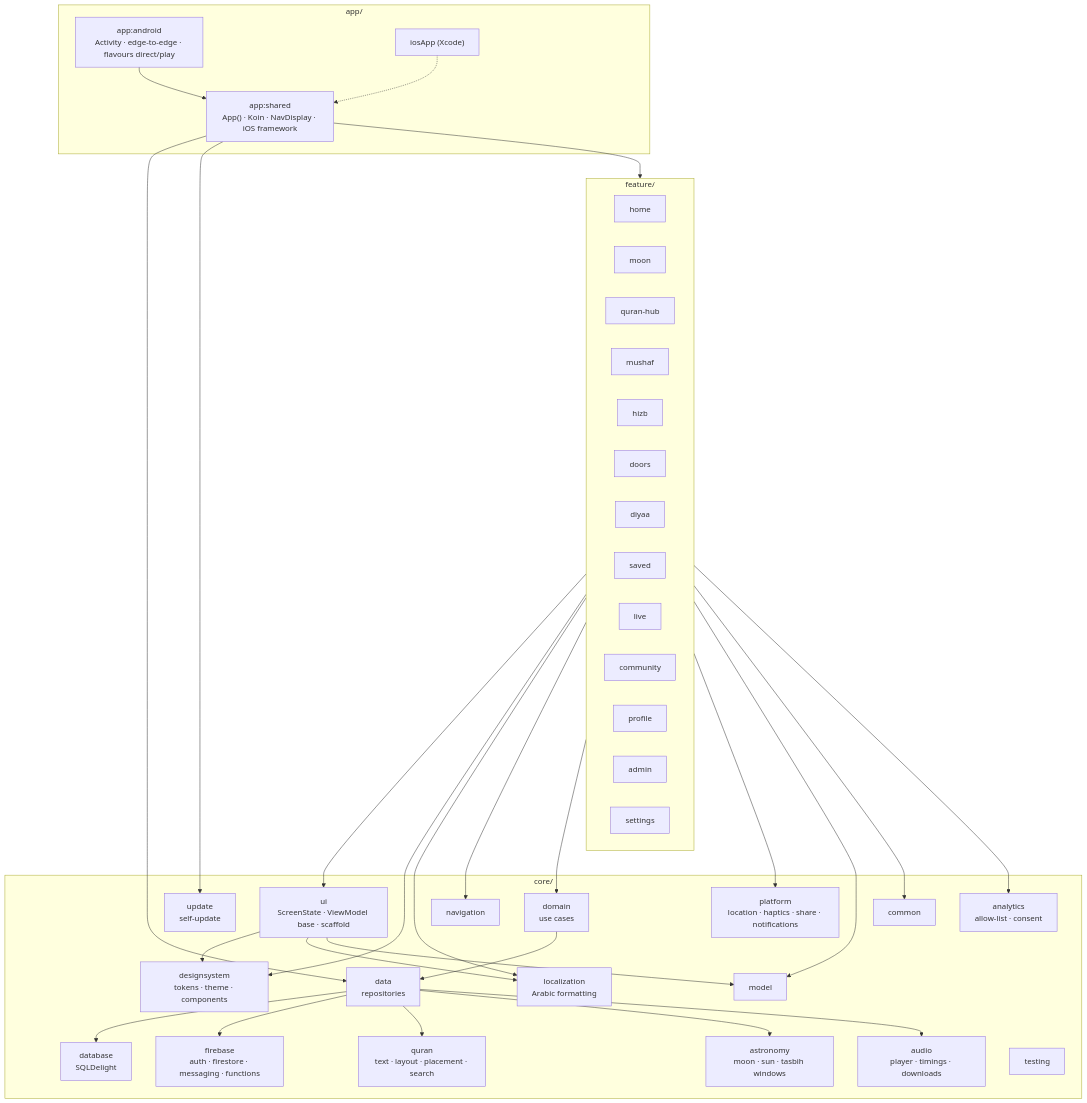
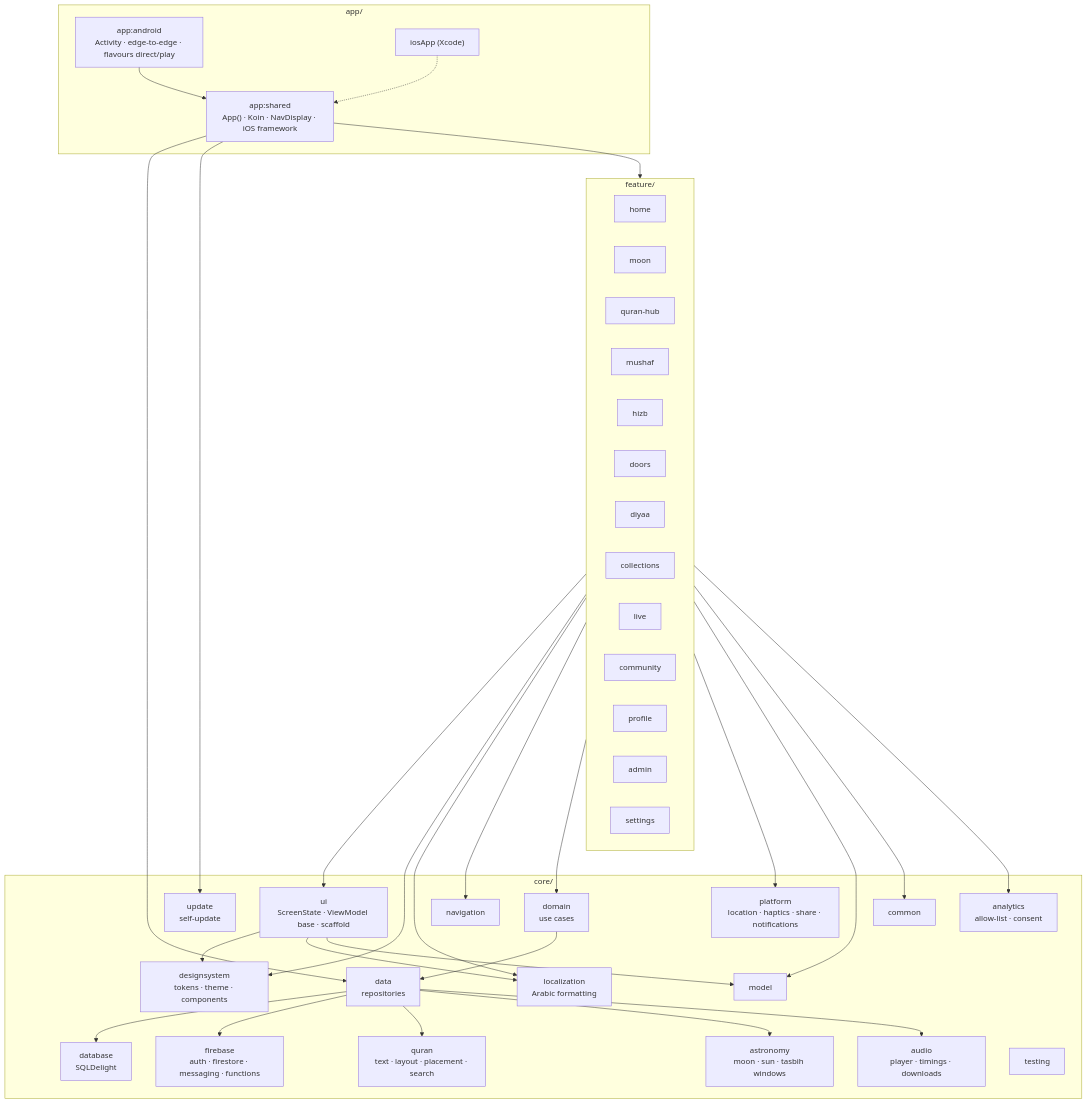
Before and after one commit to Besoabulubbad/almuflihun: the diagram in docs/architecture/overview.md, drawn with Mermaid. The commit also changed 65 other files, not shown here.

````diff
--- a/docs/architecture/overview.md
+++ b/docs/architecture/overview.md
@@ -7,37 +7,37 @@
 ```mermaid
 flowchart TB
   subgraph app["app/"]
     android["app:android<br/>Activity · edge-to-edge · flavours direct/play"]
     shared["app:shared<br/>App() · Koin · NavDisplay · iOS framework"]
     ios["iosApp (Xcode)"]
   end
   subgraph feature["feature/"]
     home[home] ; moon[moon] ; hub[quran-hub] ; mushaf[mushaf] ; hizb[hizb] ; doors[doors] ; diyaa[diyaa]
-    saved[saved] ; live[live] ; community[community] ; profile[profile] ; admin[admin] ; settings[settings]
+    collections[collections] ; live[live] ; community[community] ; profile[profile] ; admin[admin] ; settings[settings]
   end
   subgraph core["core/"]
     ui["ui<br/>ScreenState · ViewModel base · scaffold"]
     ds["designsystem<br/>tokens · theme · components"]
     l10n["localization<br/>Arabic formatting"]
     nav[navigation]
     quran["quran<br/>text · layout · placement · search"]
     astro["astronomy<br/>moon · sun · tasbih windows"]
     audio["audio<br/>player · timings · downloads"]
     domain["domain<br/>use cases"]
     data["data<br/>repositories"]
     db["database<br/>SQLDelight"]
     fb["firebase<br/>auth · firestore · messaging · functions"]
     analytics["analytics<br/>allow-list · consent"]
     update["update<br/>self-update"]
     platform["platform<br/>location · haptics · share · notifications"]
     model[model] ; common[common] ; testing[testing]
   end
   android --> shared
   ios -.-> shared
   shared --> feature
   feature --> ui & ds & l10n & nav & domain & platform & model & common & analytics
   ui --> ds & l10n & model
   domain --> data
   data --> db & fb & quran & astro & audio
   shared --> data & update
 ```
````
